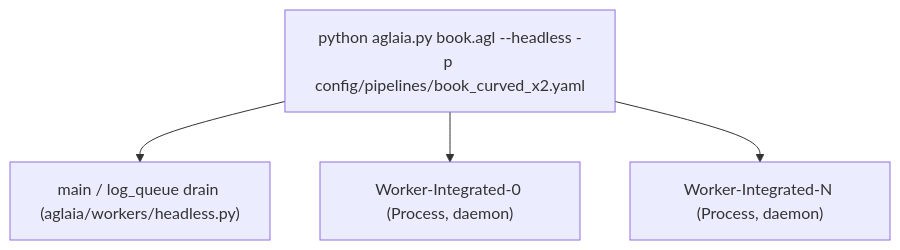
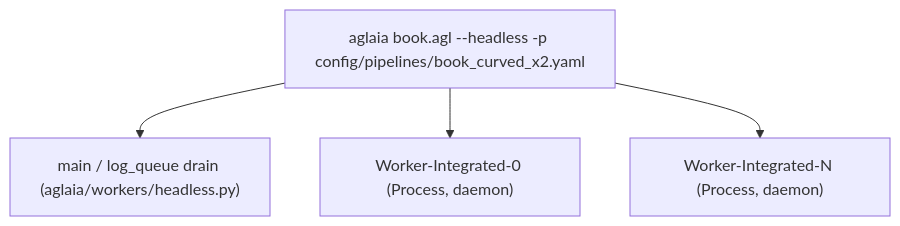
One commit to yb85/aglaia changed the third of 3 diagrams in docs/architecture.md. Above: the diagram before and after it, drawn with Mermaid. The commit also changed other lines of this file and 7 other files, not shown here.

````diff
--- a/docs/architecture.md
+++ b/docs/architecture.md
@@ -141,10 +141,10 @@
 ```mermaid
 flowchart TD
-    Root["python aglaia.py book.agl --headless -p config/pipelines/book_curved_x2.yaml"]
+    Root["aglaia book.agl --headless -p config/pipelines/book_curved_x2.yaml"]
     Main["main / log_queue drain (aglaia/workers/headless.py)"]
     W0["Worker-Integrated-0 (Process, daemon)"]
     WN["Worker-Integrated-N (Process, daemon)"]
     Root --> Main
     Root --> W0
     Root --> WN
 ```
````
